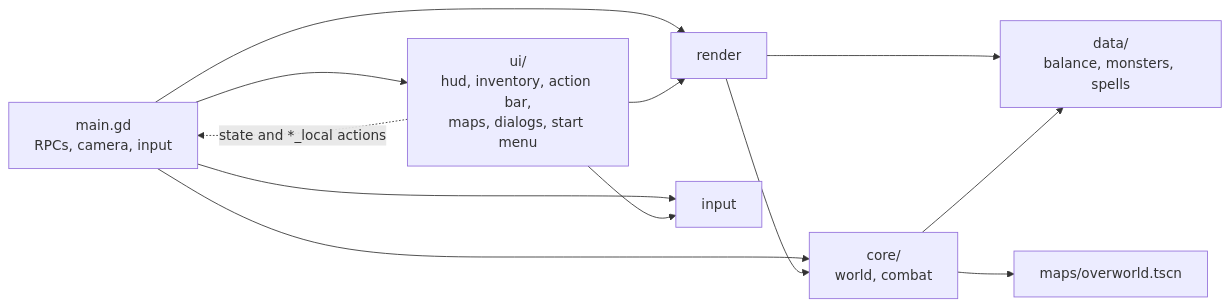
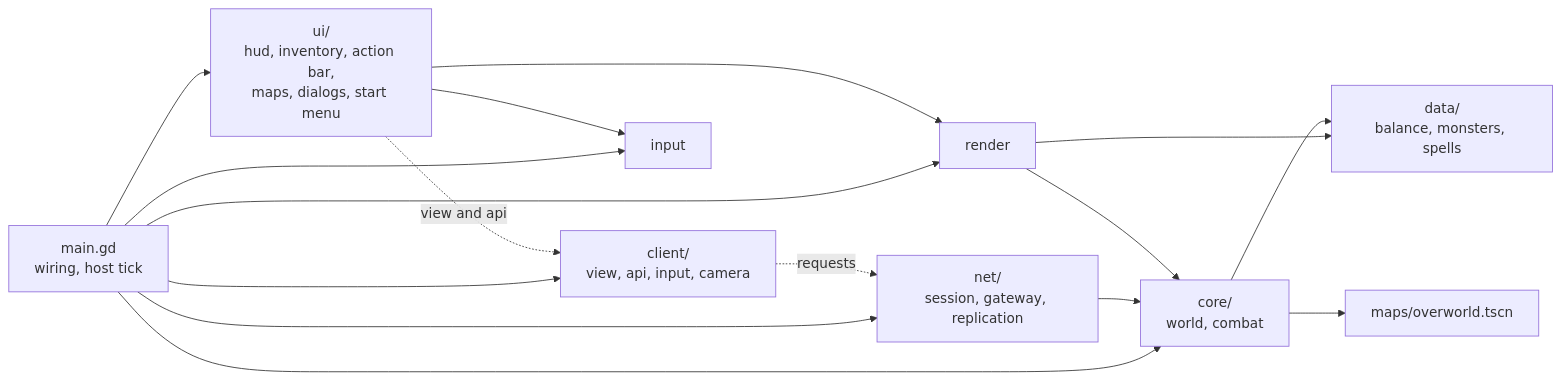
Before and after one commit to Joberg95/Brimholt: the diagram in docs/architecture.md, drawn with Mermaid. The commit also changed other lines of this file and 4 other files, not shown here.

Commit message:
Plan 48 step 2: architecture docs and skills follow the split of main.gd

````diff
--- a/docs/architecture.md
+++ b/docs/architecture.md
@@ -113,14 +124,18 @@
 ```mermaid
 flowchart LR
-    main[main.gd<br/>RPCs, camera, input] --> core
+    main[main.gd<br/>wiring, host tick] --> core
+    main --> net[net/<br/>session, gateway, replication]
+    main --> client[client/<br/>view, api, input, camera]
+    net --> core
+    client -. requests .-> net
     main --> render
     main --> input
     main --> ui
     render --> core
     render --> data
     ui[ui/<br/>hud, inventory, action bar,<br/>maps, dialogs, start menu] --> input
     ui --> render
-    ui -. state and *_local actions .-> main
+    ui -. view and api .-> client
     core[core/<br/>world, combat] --> data[data/<br/>balance, monsters, spells]
     core --> maps[maps/overworld.tscn]
 ```
````
